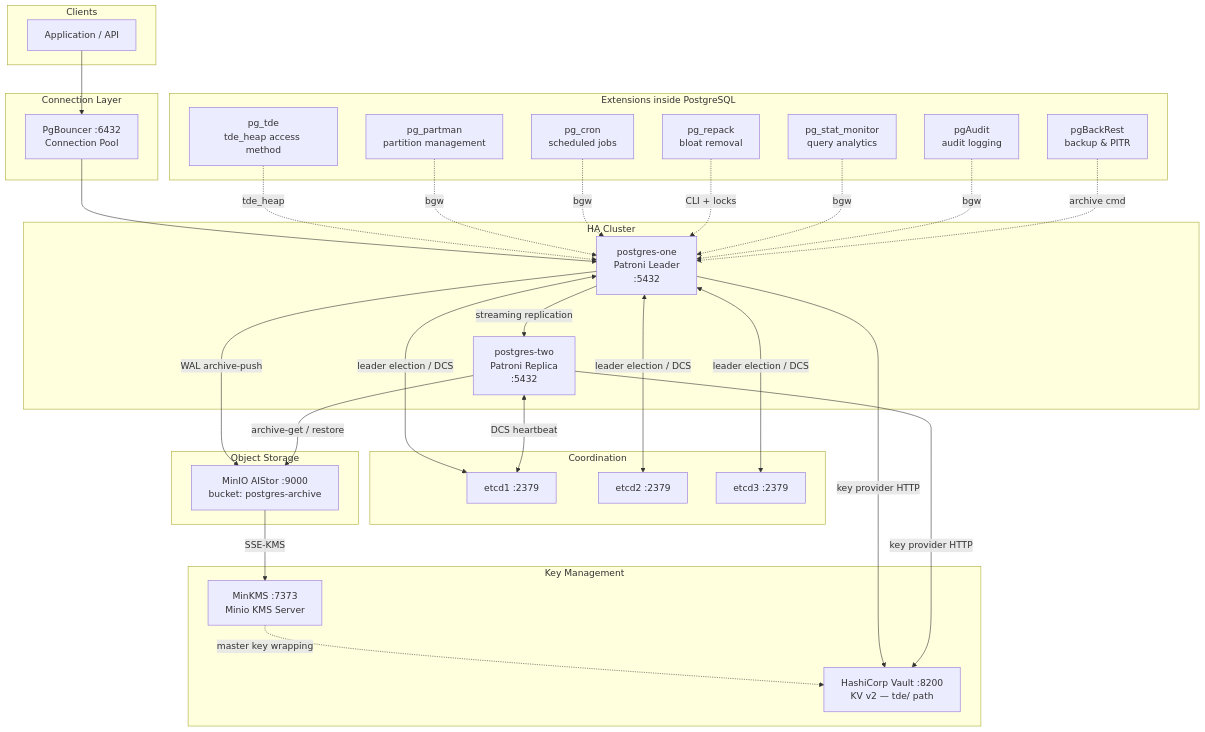
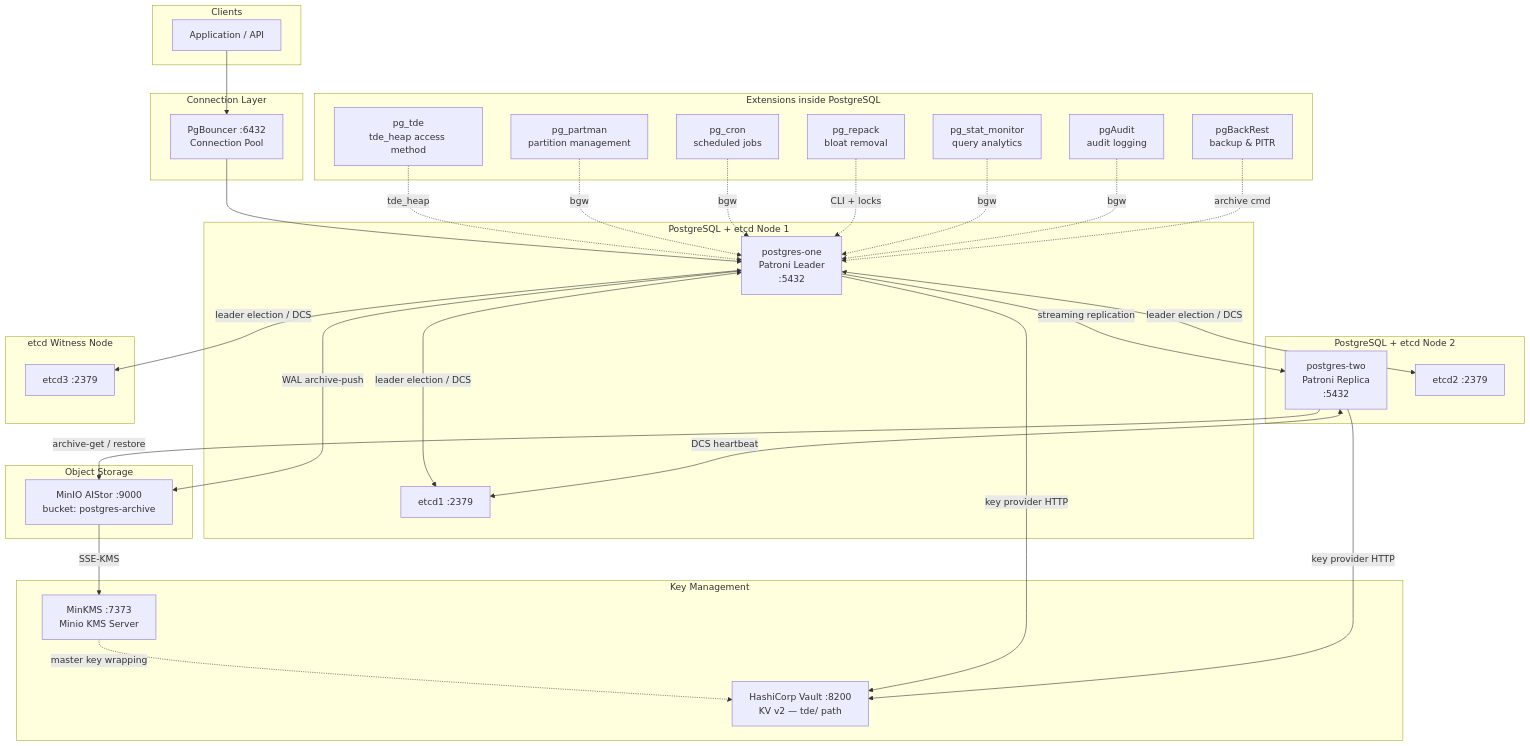
The diagram in docs/README.md (xdenistwn/patroni-postgres-tde), drawn with Mermaid before and after one commit. The commit also changed other lines of this file, not shown here.

Commit message:
edit: docs/README.md, move etcd co-locate with the pg

````diff
--- a/docs/README.md
+++ b/docs/README.md
@@ -9,64 +9,67 @@
 ```mermaid
 graph TD
     subgraph Clients
         APP[Application / API]
     end
 
     subgraph Connection Layer
         PGB[PgBouncer :6432\nConnection Pool]
     end
 
-    subgraph HA Cluster
+    subgraph PostgreSQL + etcd Node 1
         PG1[postgres-one\nPatroni Leader\n:5432]
-        PG2[postgres-two\nPatroni Replica\n:5432]
+        E1[etcd1 :2379]
     end
 
-    subgraph Coordination
-        E1[etcd1 :2379]
+    subgraph PostgreSQL + etcd Node 2
+        PG2[postgres-two\nPatroni Replica\n:5432]
         E2[etcd2 :2379]
+    end
+
+    subgraph etcd Witness Node
         E3[etcd3 :2379]
     end
 
     subgraph Key Management
         VAULT[HashiCorp Vault :8200\nKV v2 — tde/ path]
         MINKMS[MinKMS :7373\nMinio KMS Server]
     end
 
     subgraph Object Storage
         MINIO[MinIO AIStor :9000\nbucket: postgres-archive]
     end
 
     subgraph Extensions inside PostgreSQL
         PGTDE[pg_tde\ntde_heap access method]
         PGPART[pg_partman\npartition management]
         PGCRON[pg_cron\nscheduled jobs]
         PGREPACK[pg_repack\nbloat removal]
         PGMON[pg_stat_monitor\nquery analytics]
         PGAUDIT[pgAudit\naudit logging]
         PGBR[pgBackRest\nbackup & PITR]
     end
 
     APP --> PGB
     PGB --> PG1
     PG1 -->|streaming replication| PG2
     PG1 <-->|leader election / DCS| E1
     PG1 <-->|leader election / DCS| E2
     PG1 <-->|leader election / DCS| E3
     PG2 <-->|DCS heartbeat| E1
 
     PG1 -->|WAL archive-push| MINIO
     PG2 -->|archive-get / restore| MINIO
     MINIO -->|SSE-KMS| MINKMS
     MINKMS -.->|master key wrapping| VAULT
 
     PG1 -->|key provider HTTP| VAULT
     PG2 -->|key provider HTTP| VAULT
 
     PGTDE -.->|tde_heap| PG1
     PGPART -.->|bgw| PG1
     PGCRON -.->|bgw| PG1
     PGREPACK -.->|CLI + locks| PG1
     PGMON -.->|bgw| PG1
     PGAUDIT -.->|bgw| PG1
     PGBR -.->|archive cmd| PG1
 ```
````
